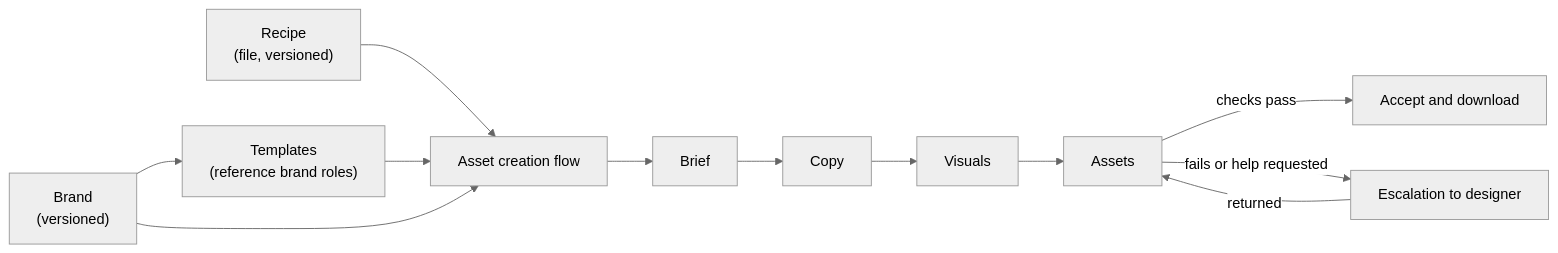
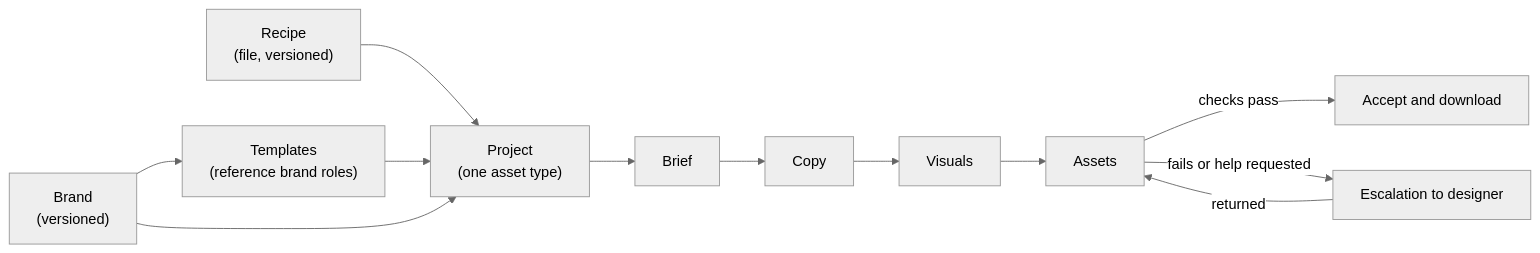
The diagram in docs/product/prd.md (roman-kovbasyuk/automation-studio), drawn with Mermaid (neutral theme) before and after one commit. The commit also changed other lines of this file and 21 other files, not shown here.

````diff
--- a/docs/product/prd.md
+++ b/docs/product/prd.md
@@ -55,11 +57,11 @@
 ```mermaid
 flowchart LR
   B["Brand<br/>(versioned)"] --> T["Templates<br/>(reference brand roles)"]
-  R["Recipe<br/>(file, versioned)"] --> F
-  T --> F["Asset creation flow"]
-  B --> F
-  F --> S1[Brief] --> S2[Copy] --> S3[Visuals] --> S4[Assets]
+  R["Recipe<br/>(file, versioned)"] --> P
+  T --> P["Project<br/>(one asset type)"]
+  B --> P
+  P --> S1[Brief] --> S2[Copy] --> S3[Visuals] --> S4[Assets]
   S4 -->|checks pass| A[Accept and download]
   S4 -->|fails or help requested| E[Escalation to designer]
   E -->|returned| S4
 ```
````
